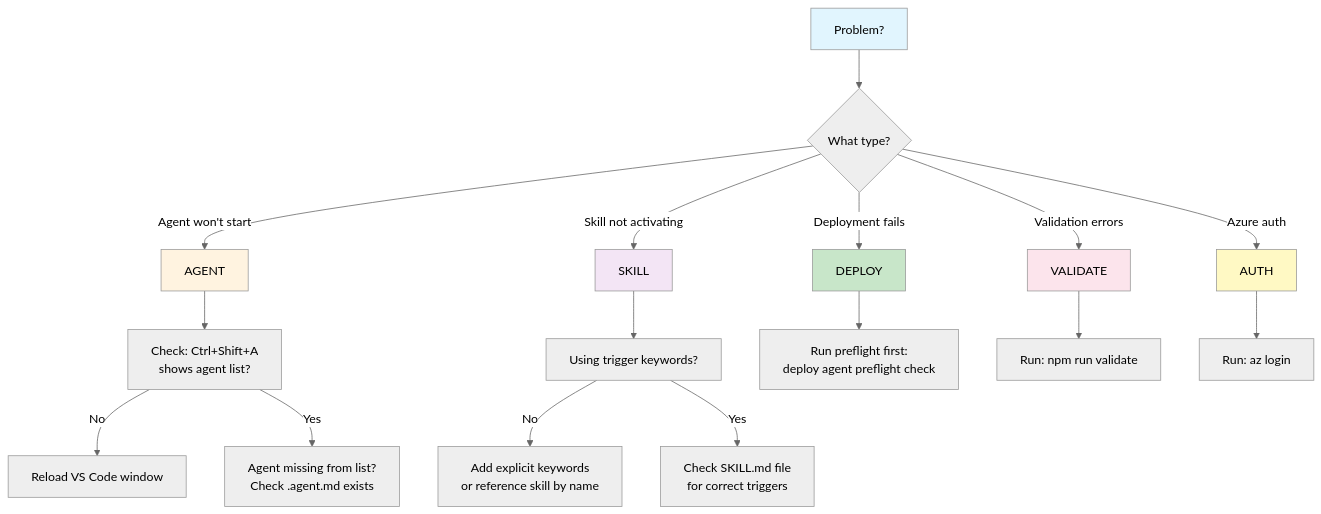
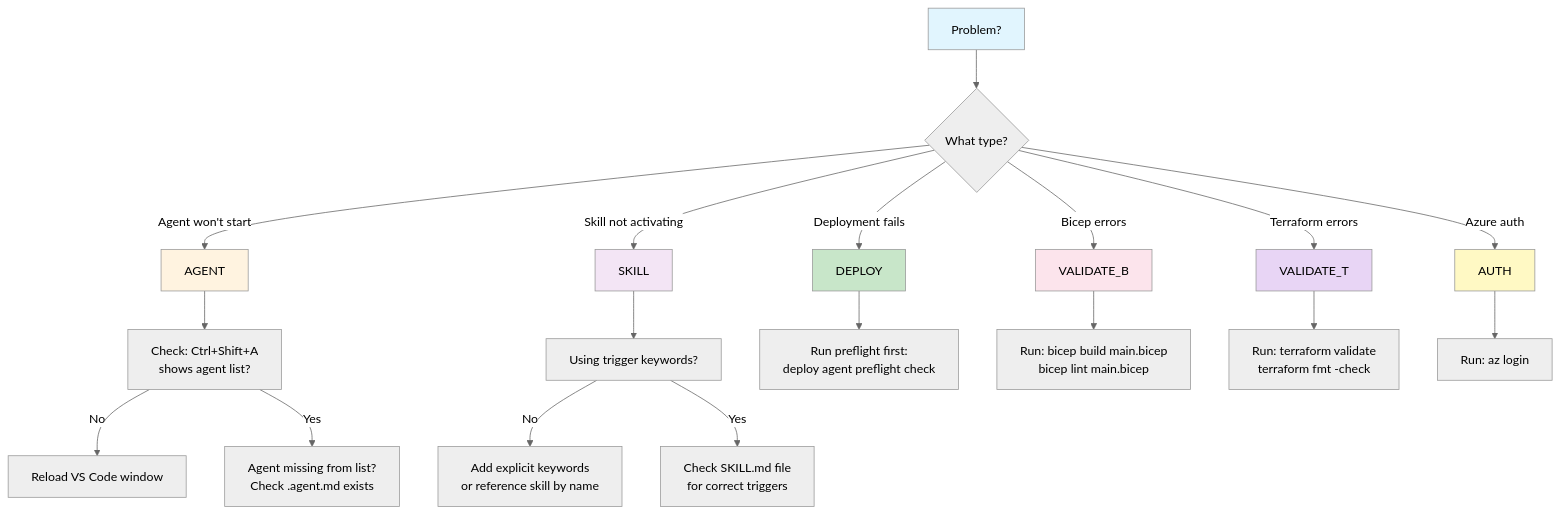
One commit to tan-ex/apex-agent-blueprint changed the diagram in docs/troubleshooting.md. Above: the diagram before and after it, drawn with Mermaid. The commit also changed other lines of this file and 39 other files, not shown here.

````diff
--- a/docs/troubleshooting.md
+++ b/docs/troubleshooting.md
@@ -19,32 +33,35 @@
 ```mermaid
 %%{init: {'theme':'neutral'}}%%
 flowchart TD
     START["Problem?"] --> TYPE{"What type?"}
 
     TYPE -->|"Agent won't start"| AGENT
     TYPE -->|"Skill not activating"| SKILL
     TYPE -->|"Deployment fails"| DEPLOY
-    TYPE -->|"Validation errors"| VALIDATE
+    TYPE -->|"Bicep errors"| VALIDATE_B
+    TYPE -->|"Terraform errors"| VALIDATE_T
     TYPE -->|"Azure auth"| AUTH
 
     AGENT --> AGENT1["Check: Ctrl+Shift+A<br/>shows agent list?"]
     AGENT1 -->|No| AGENT2["Reload VS Code window"]
     AGENT1 -->|Yes| AGENT3["Agent missing from list?<br/>Check .agent.md exists"]
 
     SKILL --> SKILL1["Using trigger keywords?"]
     SKILL1 -->|No| SKILL2["Add explicit keywords<br/>or reference skill by name"]
     SKILL1 -->|Yes| SKILL3["Check SKILL.md file<br/>for correct triggers"]
 
     DEPLOY --> DEPLOY1["Run preflight first:<br/>deploy agent preflight check"]
 
-    VALIDATE --> VALIDATE1["Run: npm run validate"]
+    VALIDATE_B --> VALIDATE_B1["Run: bicep build main.bicep<br/>bicep lint main.bicep"]
+    VALIDATE_T --> VALIDATE_T1["Run: terraform validate<br/>terraform fmt -check"]
 
     AUTH --> AUTH1["Run: az login"]
 
     style START fill:#e1f5fe
     style AGENT fill:#fff3e0
     style SKILL fill:#f3e5f5
     style DEPLOY fill:#c8e6c9
-    style VALIDATE fill:#fce4ec
+    style VALIDATE_B fill:#fce4ec
+    style VALIDATE_T fill:#e8d5f5
     style AUTH fill:#fff9c4
 ```
````
